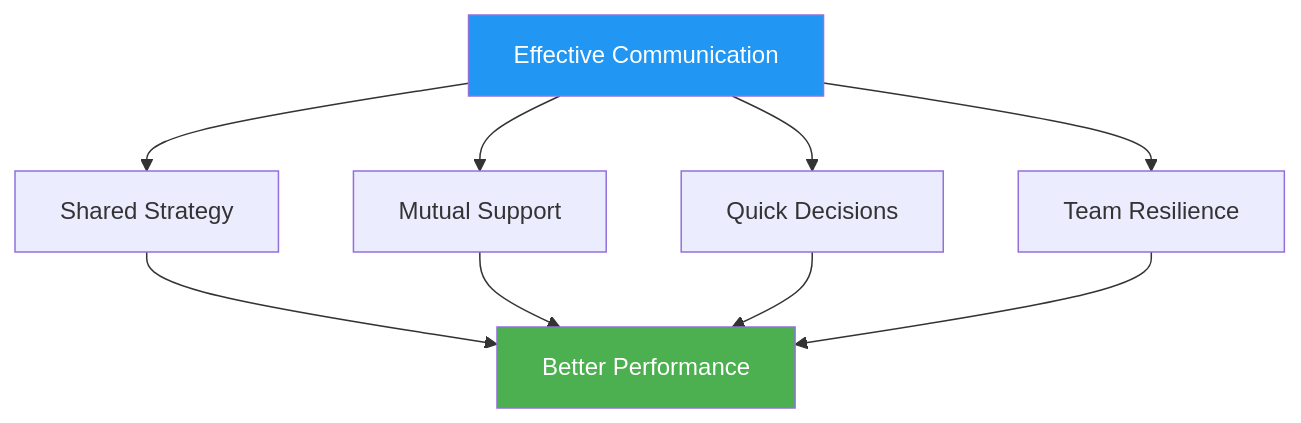
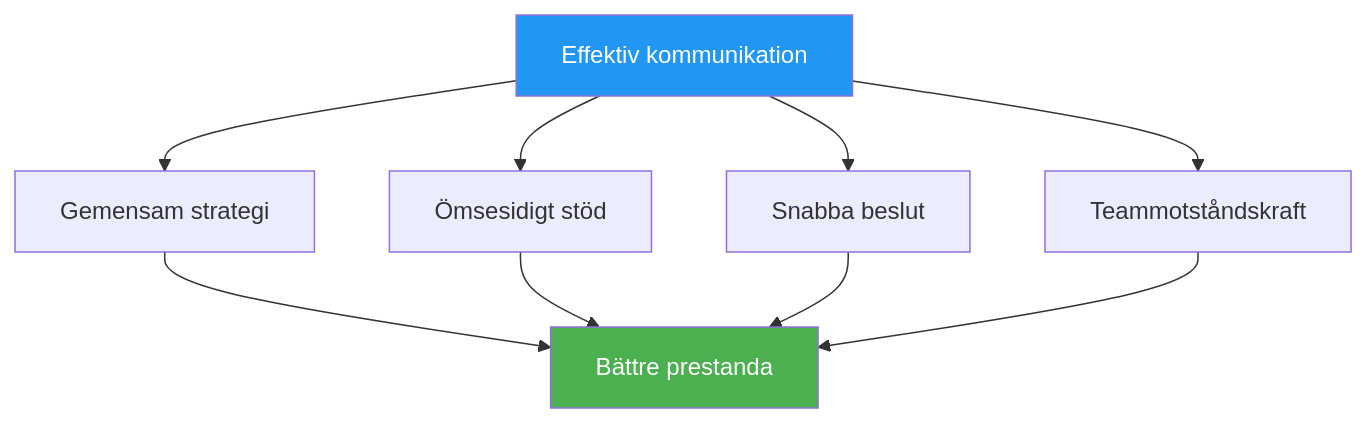
Before and after one commit to patwii/petanque-academy: the diagram in docs/sv/articles/team-communication.md, drawn with Mermaid. The commit also changed other lines of this file and 550 other files, not shown here.

````diff
--- a/docs/sv/articles/team-communication.md
+++ b/docs/sv/articles/team-communication.md
@@ -18,15 +18,15 @@
 ```mermaid
 flowchart TD
-    A[Effective Communication] --> B[Shared Strategy]
-    A --> C[Mutual Support]
-    A --> D[Quick Decisions]
-    A --> E[Team Resilience]
+    A[Effektiv kommunikation] --> B[Gemensam strategi]
+    A --> C[Ömsesidigt stöd]
+    A --> D[Snabba beslut]
+    A --> E[Teammotståndskraft]
 
-    B --> F[Better Performance]
+    B --> F[Bättre prestanda]
     C --> F
     D --> F
     E --> F
 
     style A fill:#2196F3,color:#fff
     style F fill:#4CAF50,color:#fff
 ```
````
